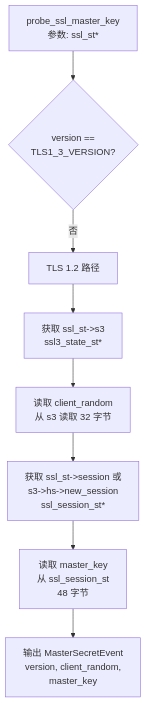
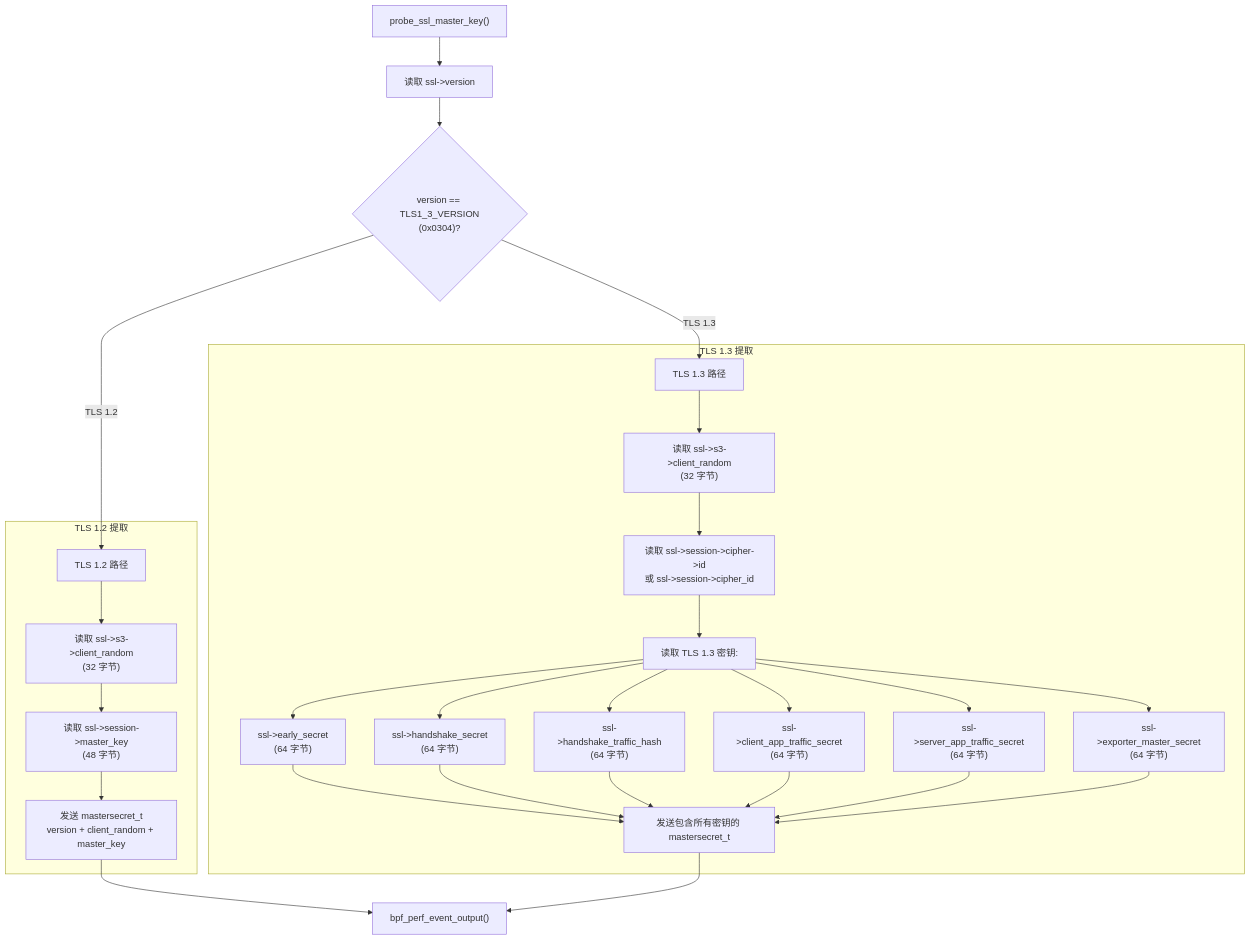
One commit to gojue/ecapture.cc changed the sixth of 11 diagrams in src/zh/3-capture-modules/3.1.1-openssl-module.md. Above: the diagram before and after it, drawn with Mermaid. The commit also changed other lines of this file and 115 other files, not shown here.

````diff
--- a/src/zh/3-capture-modules/3.1.1-openssl-module.md
+++ b/src/zh/3-capture-modules/3.1.1-openssl-module.md
@@ -313,26 +342,37 @@
 ```mermaid
-graph TB
-    ENTRY["probe_ssl_master_key<br/>参数: ssl_st*"]
+flowchart TD
+    Start["probe_ssl_master_key()"] --> ReadVersion["读取 ssl->version"]
+    ReadVersion --> CheckVersion{"version == TLS1_3_VERSION<br/>(0x0304)?"}
     
-    CHECK_VER{"version ==<br/>TLS1_3_VERSION?"}
+    CheckVersion -->|"TLS 1.2"| TLS12Path["TLS 1.2 路径"]
+    CheckVersion -->|"TLS 1.3"| TLS13Path["TLS 1.3 路径"]
     
-    TLS12["TLS 1.2 路径"]
+    subgraph "TLS 1.2 提取"
+        TLS12Path --> ReadClientRandom12["读取 ssl->s3->client_random<br/>(32 字节)"]
+        ReadClientRandom12 --> ReadMasterKey["读取 ssl->session->master_key<br/>(48 字节)"]
+        ReadMasterKey --> SendTLS12["发送 mastersecret_t<br/>version + client_random + master_key"]
+    end
     
-    GET_S3["获取 ssl_st->s3<br/>ssl3_state_st*"]
+    subgraph "TLS 1.3 提取"
+        TLS13Path --> ReadClientRandom13["读取 ssl->s3->client_random<br/>(32 字节)"]
+        ReadClientRandom13 --> ReadCipherID["读取 ssl->session->cipher->id<br/>或 ssl->session->cipher_id"]
+        ReadCipherID --> ReadSecrets["读取 TLS 1.3 密钥:"]
+        
+        ReadSecrets --> EarlySecret["ssl->early_secret<br/>(64 字节)"]
+        ReadSecrets --> HandshakeSecret["ssl->handshake_secret<br/>(64 字节)"]
+        ReadSecrets --> HandshakeTrafficHash["ssl->handshake_traffic_hash<br/>(64 字节)"]
+        ReadSecrets --> ClientAppSecret["ssl->client_app_traffic_secret<br/>(64 字节)"]
+        ReadSecrets --> ServerAppSecret["ssl->server_app_traffic_secret<br/>(64 字节)"]
+        ReadSecrets --> ExporterSecret["ssl->exporter_master_secret<br/>(64 字节)"]
+        
+        EarlySecret --> SendTLS13["发送包含所有密钥的 mastersecret_t"]
+        HandshakeSecret --> SendTLS13
+        HandshakeTrafficHash --> SendTLS13
+        ClientAppSecret --> SendTLS13
+        ServerAppSecret --> SendTLS13
+        ExporterSecret --> SendTLS13
+    end
     
-    GET_CLIENT_RANDOM["读取 client_random<br/>从 s3 读取 32 字节"]
-    
-    GET_SESSION["获取 ssl_st->session 或<br/>s3->hs->new_session<br/>ssl_session_st*"]
-    
-    READ_MASTER_KEY["读取 master_key<br/>从 ssl_session_st<br/>48 字节"]
-    
-    OUTPUT_TLS12["输出 MasterSecretEvent<br/>version, client_random,<br/>master_key"]
-    
-    ENTRY --> CHECK_VER
-    CHECK_VER -->|否| TLS12
-    TLS12 --> GET_S3
-    GET_S3 --> GET_CLIENT_RANDOM
-    GET_CLIENT_RANDOM --> GET_SESSION
-    GET_SESSION --> READ_MASTER_KEY
-    READ_MASTER_KEY --> OUTPUT_TLS12
+    SendTLS12 --> End["bpf_perf_event_output()"]
+    SendTLS13 --> End
 ```
````
